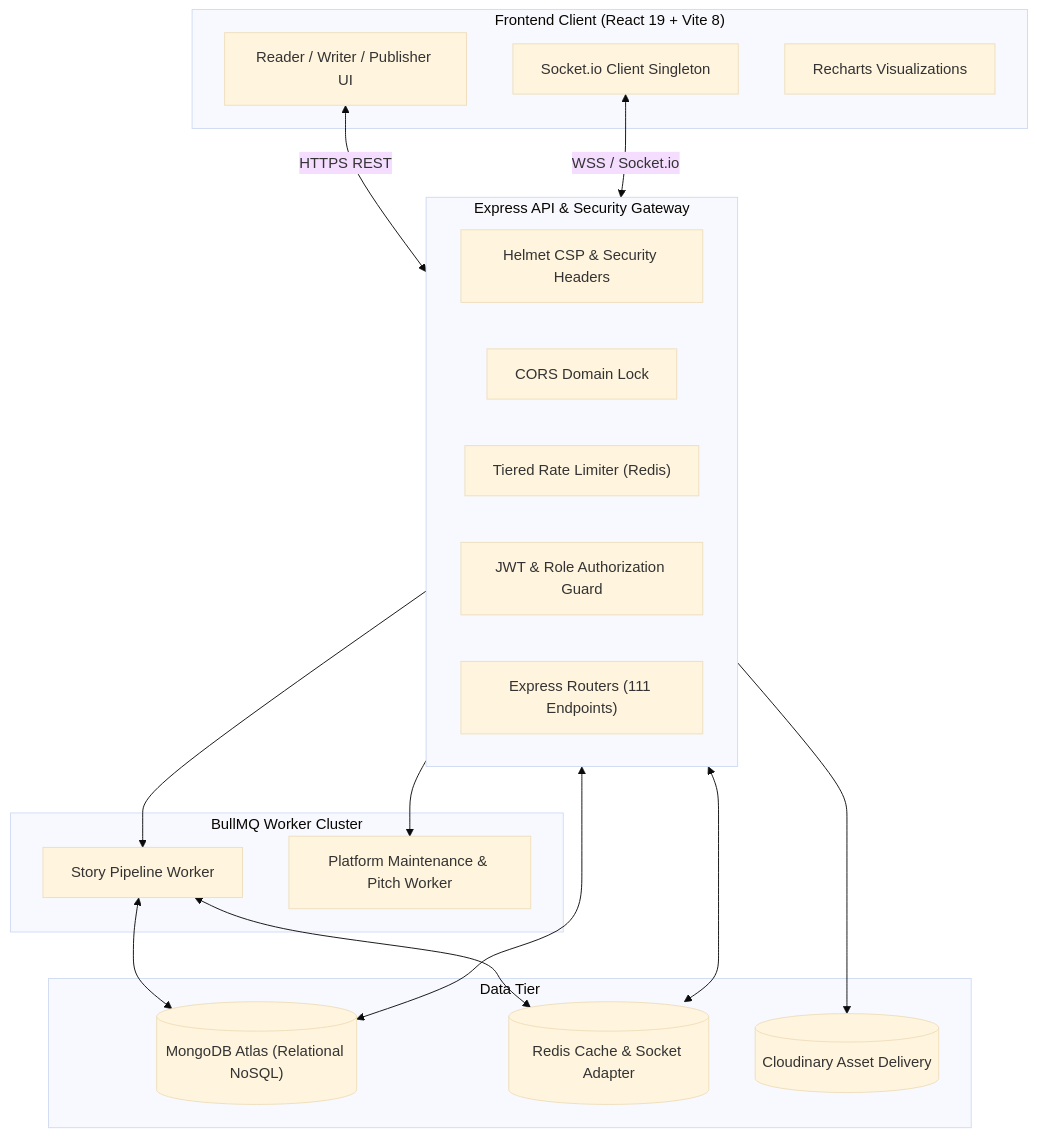
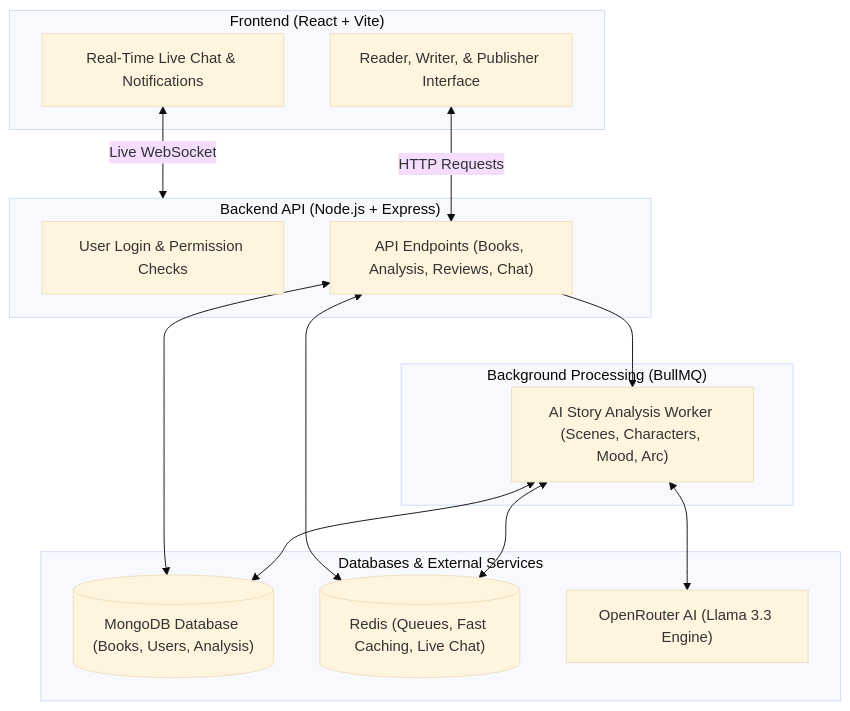
One commit to Samiksha-Lohia/Storyloom changed the diagram in README.md. Above: the diagram before and after it, drawn with Mermaid (base theme). The commit also changed other lines of this file and 15 other files, not shown here.

````diff
--- a/README.md
+++ b/README.md
@@ -89,37 +91,31 @@
 ```mermaid
 graph TB
-    subgraph Client["Frontend Client (React 19 + Vite 8)"]
-        UI["Reader / Writer / Publisher UI"]
-        SocketClient["Socket.io Client Singleton"]
-        Charts["Recharts Visualizations"]
+    subgraph Client["Frontend (React + Vite)"]
+        UI["Reader, Writer, & Publisher Interface"]
+        SocketClient["Real-Time Live Chat & Notifications"]
     end
 
-    subgraph Gateway["Express API & Security Gateway"]
-        Helmet["Helmet CSP & Security Headers"]
-        Cors["CORS Domain Lock"]
-        RateLimit["Tiered Rate Limiter (Redis)"]
-        Auth["JWT & Role Authorization Guard"]
-        Router["Express Routers (111 Endpoints)"]
+    subgraph Server["Backend API (Node.js + Express)"]
+        Auth["User Login & Permission Checks"]
+        Routes["API Endpoints (Books, Analysis, Reviews, Chat)"]
     end
 
-    subgraph Workers["BullMQ Worker Cluster"]
-        StoryWorker["Story Pipeline Worker"]
-        PitchWorker["Platform Maintenance & Pitch Worker"]
+    subgraph Workers["Background Processing (BullMQ)"]
+        PipelineWorker["AI Story Analysis Worker (Scenes, Characters, Mood, Arc)"]
     end
 
-    subgraph Storage["Data Tier"]
-        MongoDB[("MongoDB Atlas (Relational NoSQL)")]
-        RedisCache[("Redis Cache & Socket Adapter")]
-        Cloudinary[("Cloudinary Asset Delivery")]
+    subgraph Storage["Databases & External Services"]
+        MongoDB[("MongoDB Database (Books, Users, Analysis)")]
+        RedisDB[("Redis (Queues, Fast Caching, Live Chat)")]
+        OpenRouter["OpenRouter AI (Llama 3.3 Engine)"]
     end
 
-    UI <-->|HTTPS REST| Gateway
-    SocketClient <-->|WSS / Socket.io| Gateway
-    Gateway --> StoryWorker
-    Gateway --> PitchWorker
-    Gateway <--> MongoDB
-    Gateway <--> RedisCache
-    StoryWorker <--> RedisCache
-    StoryWorker <--> MongoDB
-    Gateway --> Cloudinary
+    UI <-->|HTTP Requests| Routes
+    SocketClient <-->|Live WebSocket| Server
+    Routes --> PipelineWorker
+    PipelineWorker <--> RedisDB
+    PipelineWorker <--> MongoDB
+    PipelineWorker <--> OpenRouter
+    Routes <--> MongoDB
+    Routes <--> RedisDB
 ```
````
